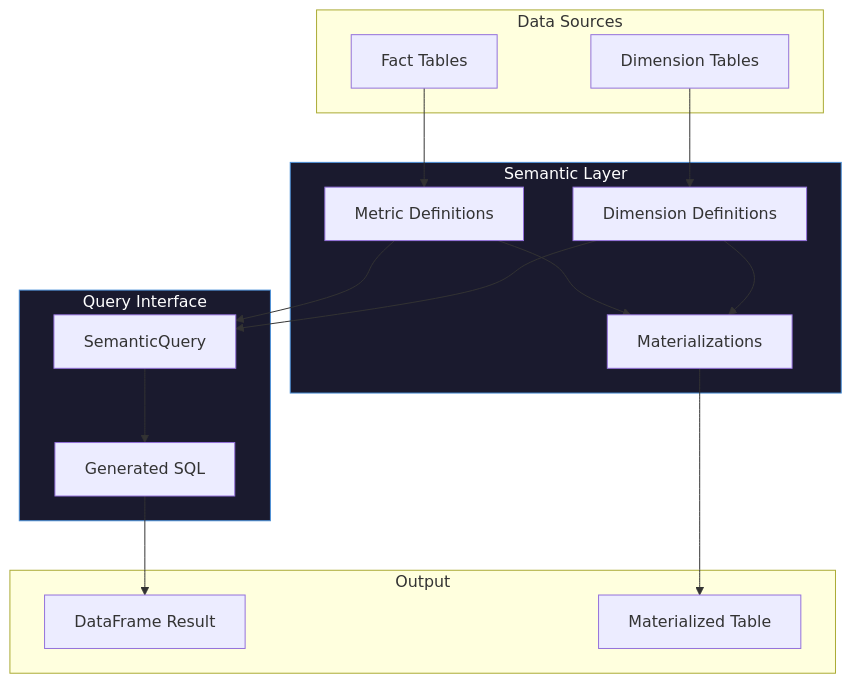
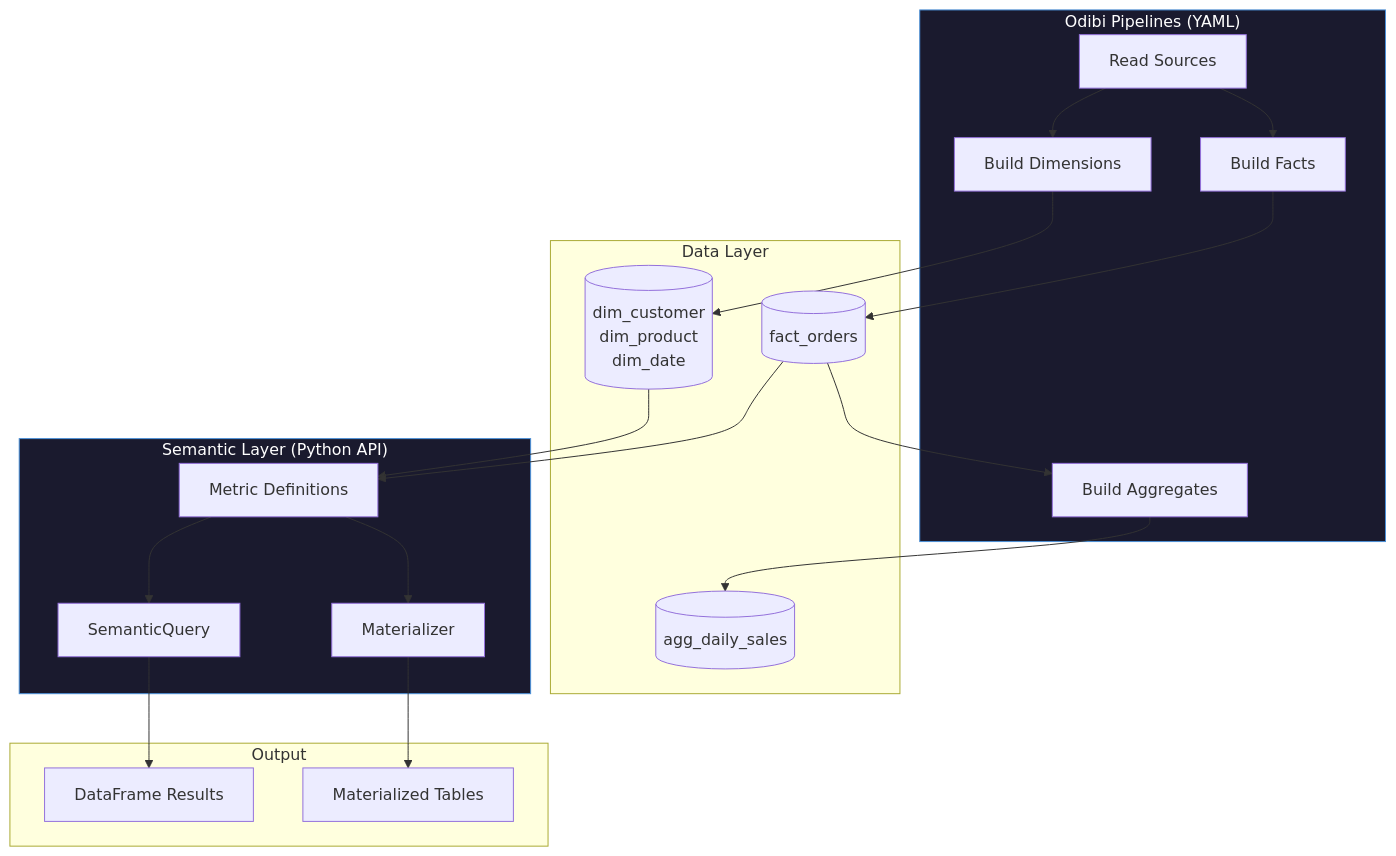
One commit to henryodibi11/Odibi changed the first of 2 diagrams in docs/semantics/index.md. Above: the diagram before and after it, drawn with Mermaid. The commit also changed other lines of this file and 6 other files, not shown here.

````diff
--- a/docs/semantics/index.md
+++ b/docs/semantics/index.md
@@ -7,36 +17,38 @@
 ```mermaid
 flowchart TB
-    subgraph Sources["Data Sources"]
-        F[Fact Tables]
-        D[Dimension Tables]
+    subgraph Pipeline["Odibi Pipelines (YAML)"]
+        R[Read Sources]
+        D[Build Dimensions]
+        F[Build Facts]
+        A[Build Aggregates]
     end
     
-    subgraph Semantic["Semantic Layer"]
-        M[Metric Definitions]
-        DIM[Dimension Definitions]
-        MAT[Materializations]
+    subgraph Data["Data Layer"]
+        DIM[(dim_customer<br>dim_product<br>dim_date)]
+        FACT[(fact_orders)]
+        AGG[(agg_daily_sales)]
     end
     
-    subgraph Query["Query Interface"]
-        Q["SemanticQuery"]
-        SQL["Generated SQL"]
+    subgraph Semantic["Semantic Layer (Python API)"]
+        M[Metric Definitions]
+        Q[SemanticQuery]
+        MAT[Materializer]
     end
     
     subgraph Output["Output"]
-        DF[DataFrame Result]
-        TABLE[Materialized Table]
+        DF[DataFrame Results]
+        TABLE[Materialized Tables]
     end
     
-    F --> M
-    D --> DIM
-    M --> Q
-    DIM --> Q
-    Q --> SQL
-    SQL --> DF
-    M --> MAT
-    DIM --> MAT
-    MAT --> TABLE
+    R --> D --> DIM
+    R --> F --> FACT
+    FACT --> A --> AGG
     
+    DIM --> M
+    FACT --> M
+    M --> Q --> DF
+    M --> MAT --> TABLE
+    
+    style Pipeline fill:#1a1a2e,stroke:#4a90d9,color:#fff
     style Semantic fill:#1a1a2e,stroke:#4a90d9,color:#fff
-    style Query fill:#1a1a2e,stroke:#4a90d9,color:#fff
 ```
````
